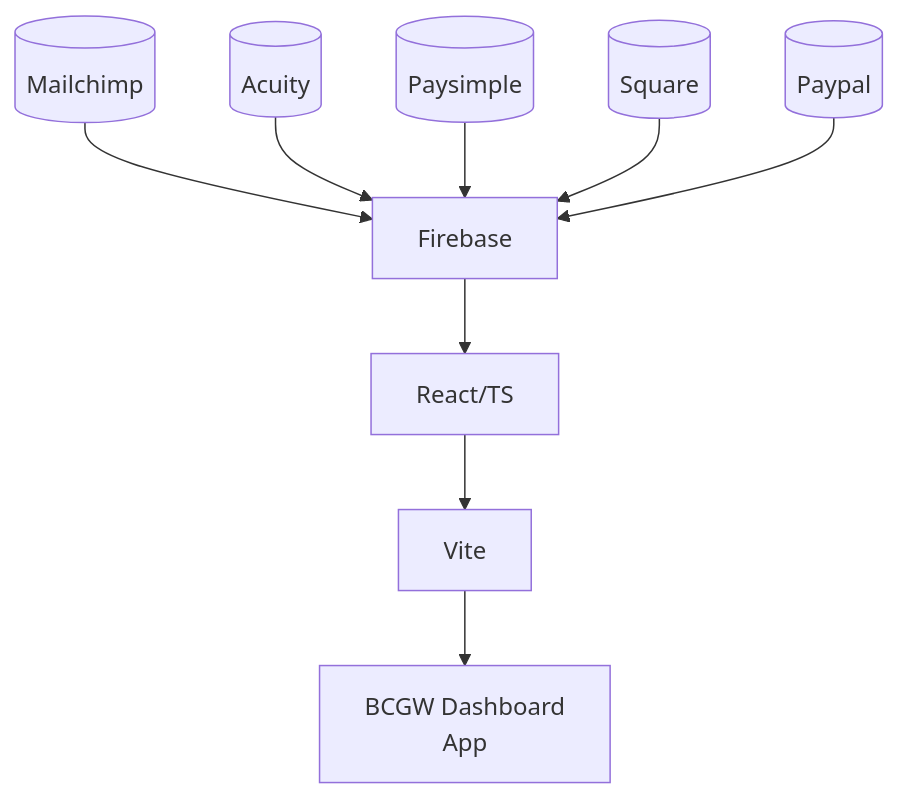
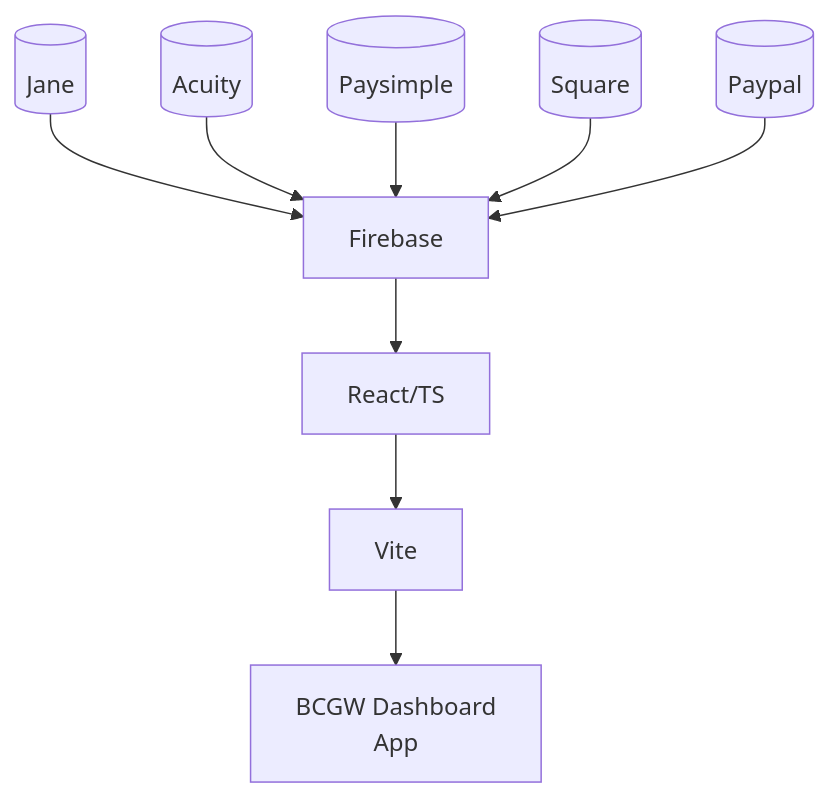
Before and after one commit to Hack4Impact-UMD/breastfeeding-center-gw: the diagram in README.md, drawn with Mermaid. The commit also changed other lines of this file, not shown here.

````diff
--- a/README.md
+++ b/README.md
@@ -43,13 +43,13 @@
 ```mermaid
     flowchart TD
-        mc[(Mailchimp)] --> back
+        mc[(Jane)] --> back
         ac[(Acuity)] --> back
         ps[(Paysimple)] --> back
         sq[(Square)] --> back
         pp[(Paypal)] --> back
         back[Firebase] --> front
         front[React/TS] --> build
         build[Vite] --> app
         app[BCGW Dashboard
         App]
 ```
````
